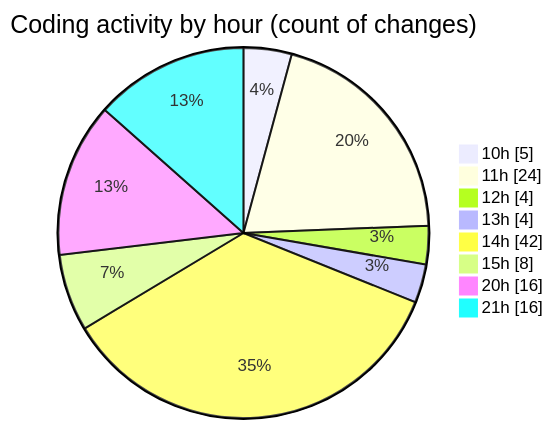
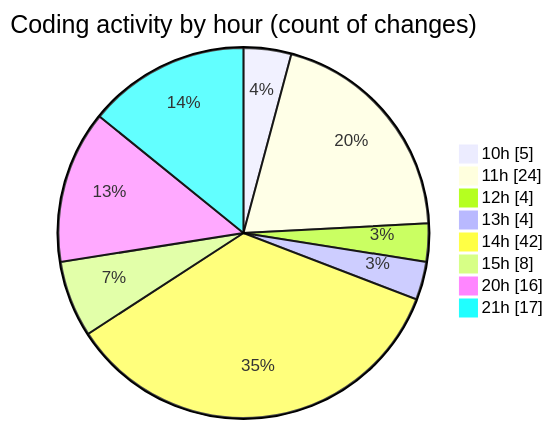
Before and after one commit to momahboobian/code-tracking: the second of 2 diagrams in 2026-09-09/cda/README.md, drawn with Mermaid. The commit also changed other lines of this file and 1 other file, not shown here.

````diff
--- a/2026-09-09/cda/README.md
+++ b/2026-09-09/cda/README.md
@@ -47,12 +48,12 @@
 ```mermaid
 pie showData
 title Coding activity by hour (count of changes)
 "10h" : 5
 "11h" : 24
 "12h" : 4
 "13h" : 4
 "14h" : 42
 "15h" : 8
 "20h" : 16
-"21h" : 16
+"21h" : 17
 ```
````
